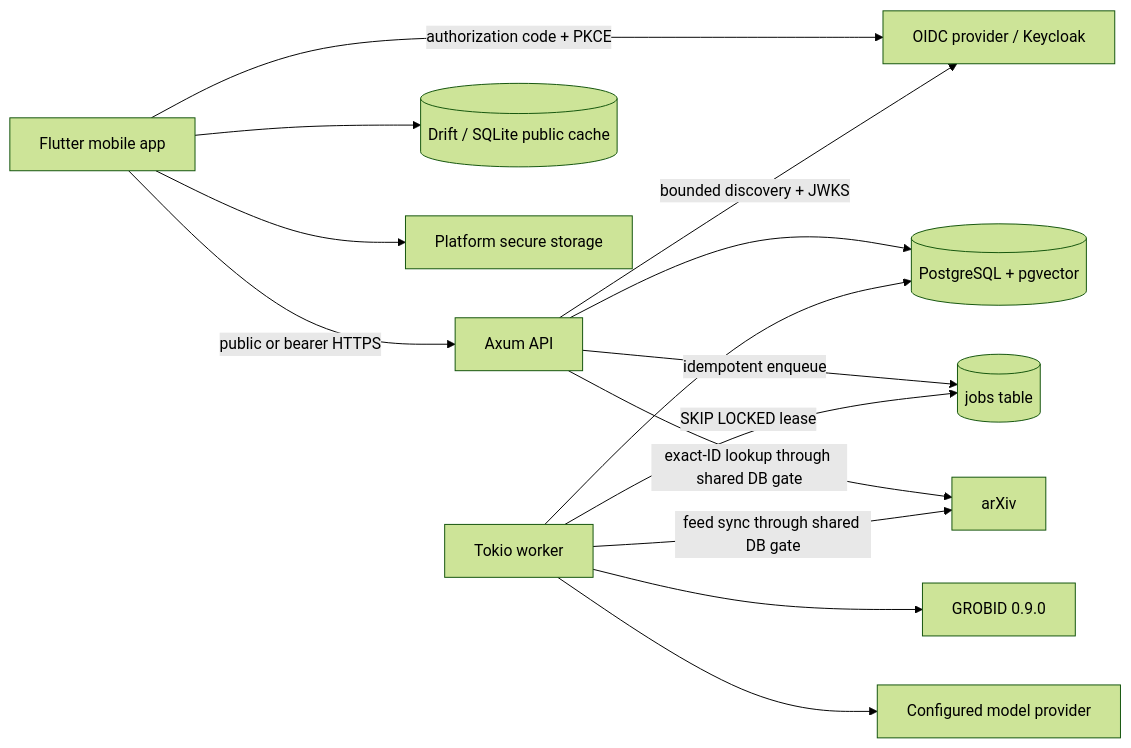
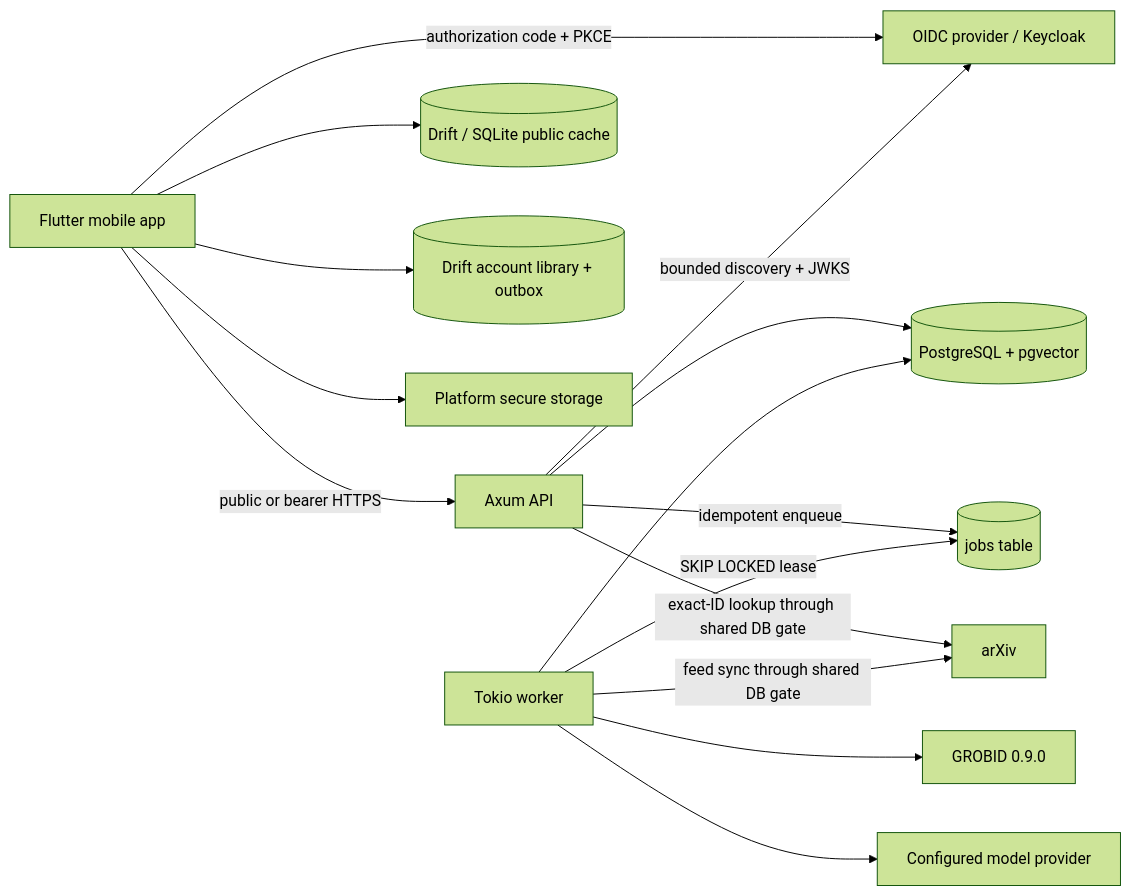
The diagram in docs/architecture.md (ErrDivine/PakPerk), drawn with Mermaid (forest theme) before and after one commit. The commit also changed other lines of this file and 79 other files, not shown here.

````diff
--- a/docs/architecture.md
+++ b/docs/architecture.md
@@ -33,16 +36,17 @@
 ```mermaid
 flowchart LR
   M["Flutter mobile app"] -->|"public or bearer HTTPS"| A["Axum API"]
   M -->|"authorization code + PKCE"| I["OIDC provider / Keycloak"]
   A -->|"bounded discovery + JWKS"| I
   M --> D[("Drift / SQLite public cache")]
+  M --> T[("Drift account library + outbox")]
   M --> S["Platform secure storage"]
   A --> P[("PostgreSQL + pgvector")]
   A -->|"idempotent enqueue"| J[("jobs table")]
   W["Tokio worker"] -->|"SKIP LOCKED lease"| J
   A -->|"exact-ID lookup through shared DB gate"| X["arXiv"]
   W -->|"feed sync through shared DB gate"| X
   W --> G["GROBID 0.9.0"]
   W --> L["Configured model provider"]
   W --> P
 ```
````
